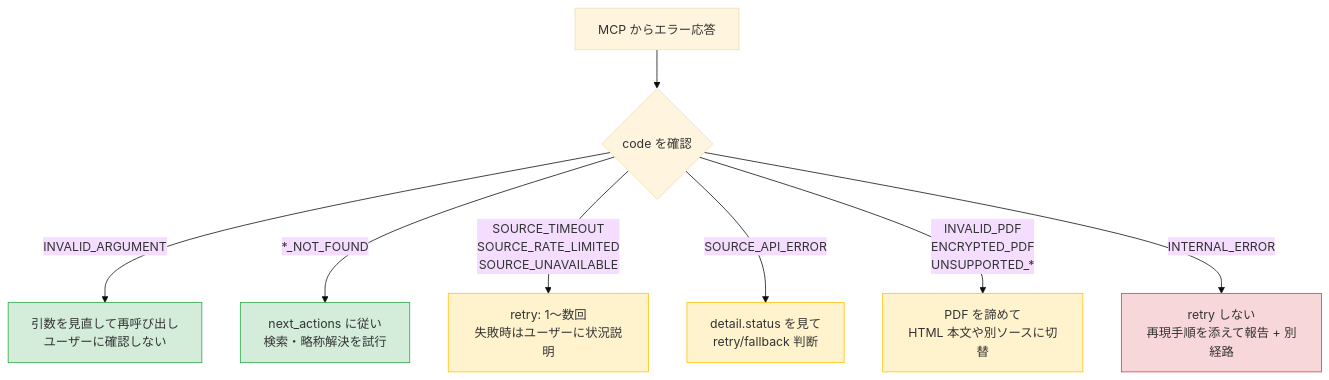
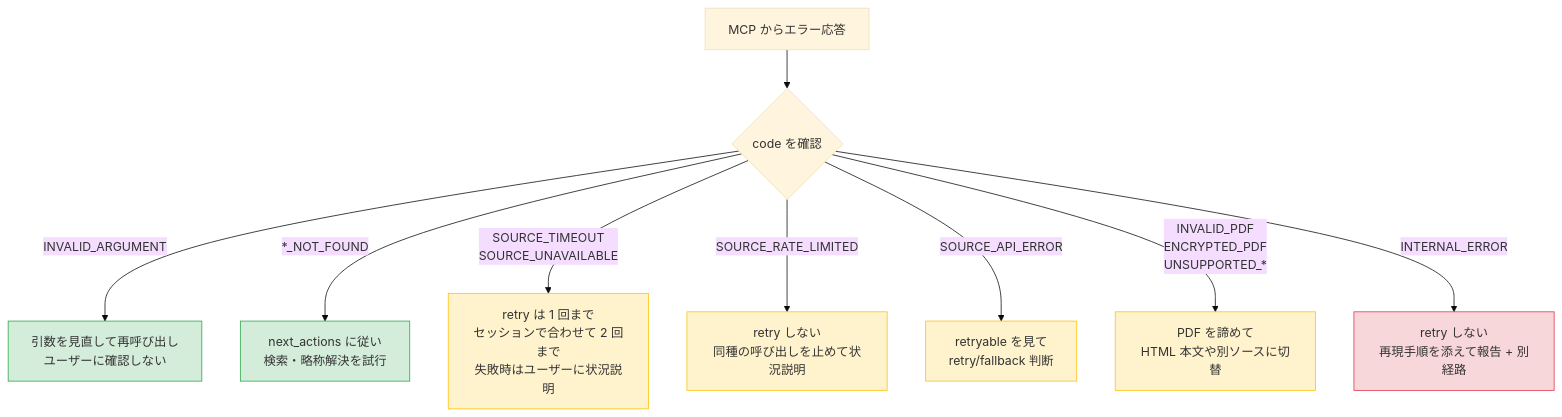
One commit to shuji-bonji/houki-research-skill changed the first of 2 diagrams in skills/houki-research/docs/ERROR-HANDLING.md. Above: the diagram before and after it, drawn with Mermaid (base theme). The commit also changed other lines of this file and 15 other files, not shown here.

````diff
--- a/skills/houki-research/docs/ERROR-HANDLING.md
+++ b/skills/houki-research/docs/ERROR-HANDLING.md
@@ -7,17 +7,18 @@
 ```mermaid
 flowchart TB
   err[MCP からエラー応答] --> p1{code を確認}
   p1 -->|INVALID_ARGUMENT| f1[引数を見直して再呼び出し<br/>ユーザーに確認しない]
   p1 -->|*_NOT_FOUND| f2[next_actions に従い<br/>検索・略称解決を試行]
-  p1 -->|SOURCE_TIMEOUT<br/>SOURCE_RATE_LIMITED<br/>SOURCE_UNAVAILABLE| f3[retry: 1〜数回<br/>失敗時はユーザーに状況説明]
-  p1 -->|SOURCE_API_ERROR| f4[detail.status を見て<br/>retry/fallback 判断]
+  p1 -->|SOURCE_TIMEOUT<br/>SOURCE_UNAVAILABLE| f3[retry は 1 回まで<br/>セッションで合わせて 2 回まで<br/>失敗時はユーザーに状況説明]
+  p1 -->|SOURCE_RATE_LIMITED| f7[retry しない<br/>同種の呼び出しを止めて状況説明]
+  p1 -->|SOURCE_API_ERROR| f4[retryable を見て<br/>retry/fallback 判断]
   p1 -->|INVALID_PDF<br/>ENCRYPTED_PDF<br/>UNSUPPORTED_*| f5[PDF を諦めて<br/>HTML 本文や別ソースに切替]
   p1 -->|INTERNAL_ERROR| f6[retry しない<br/>再現手順を添えて報告 + 別経路]
 
   classDef ok fill:#d4edda,stroke:#28a745,color:#333
   classDef warn fill:#fff3cd,stroke:#ffc107,color:#333
   classDef err fill:#f8d7da,stroke:#dc3545,color:#333
   class f1,f2 ok
-  class f3,f4,f5 warn
+  class f3,f4,f5,f7 warn
   class f6 err
 ```
````
